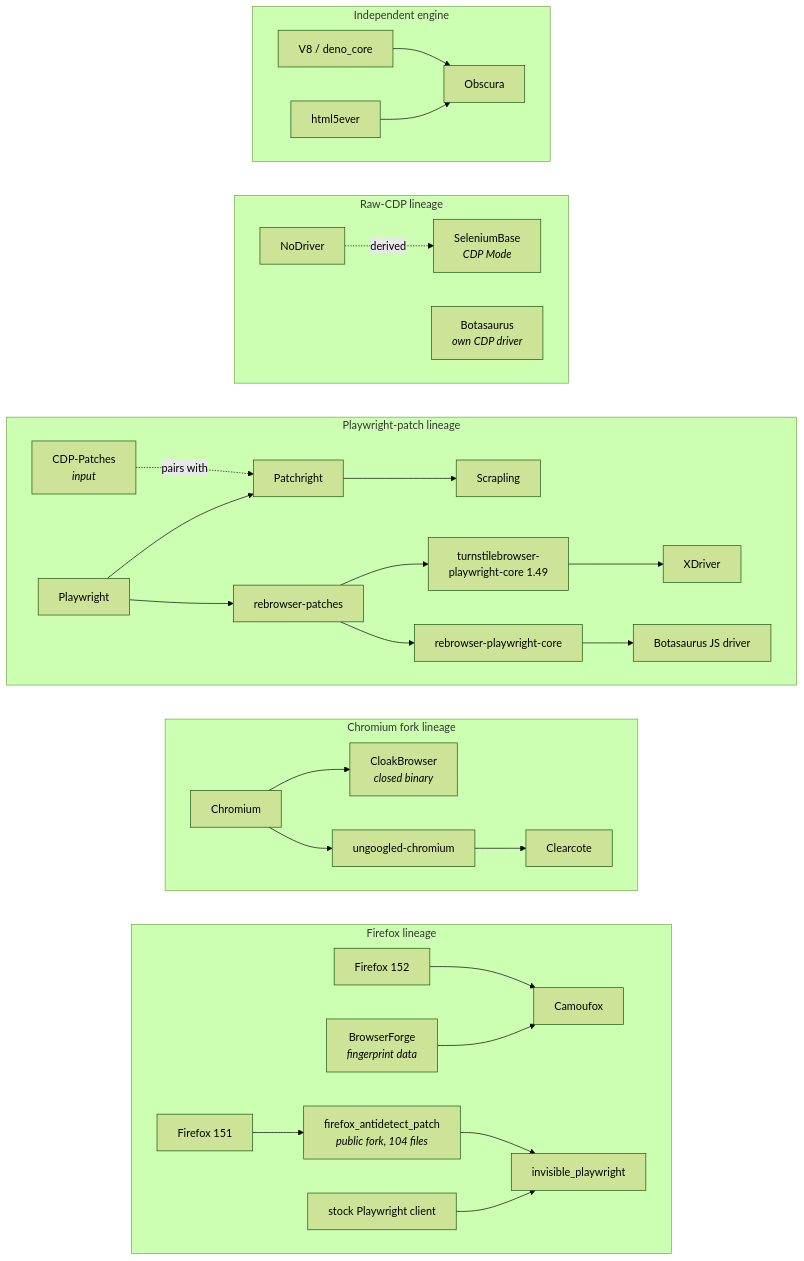
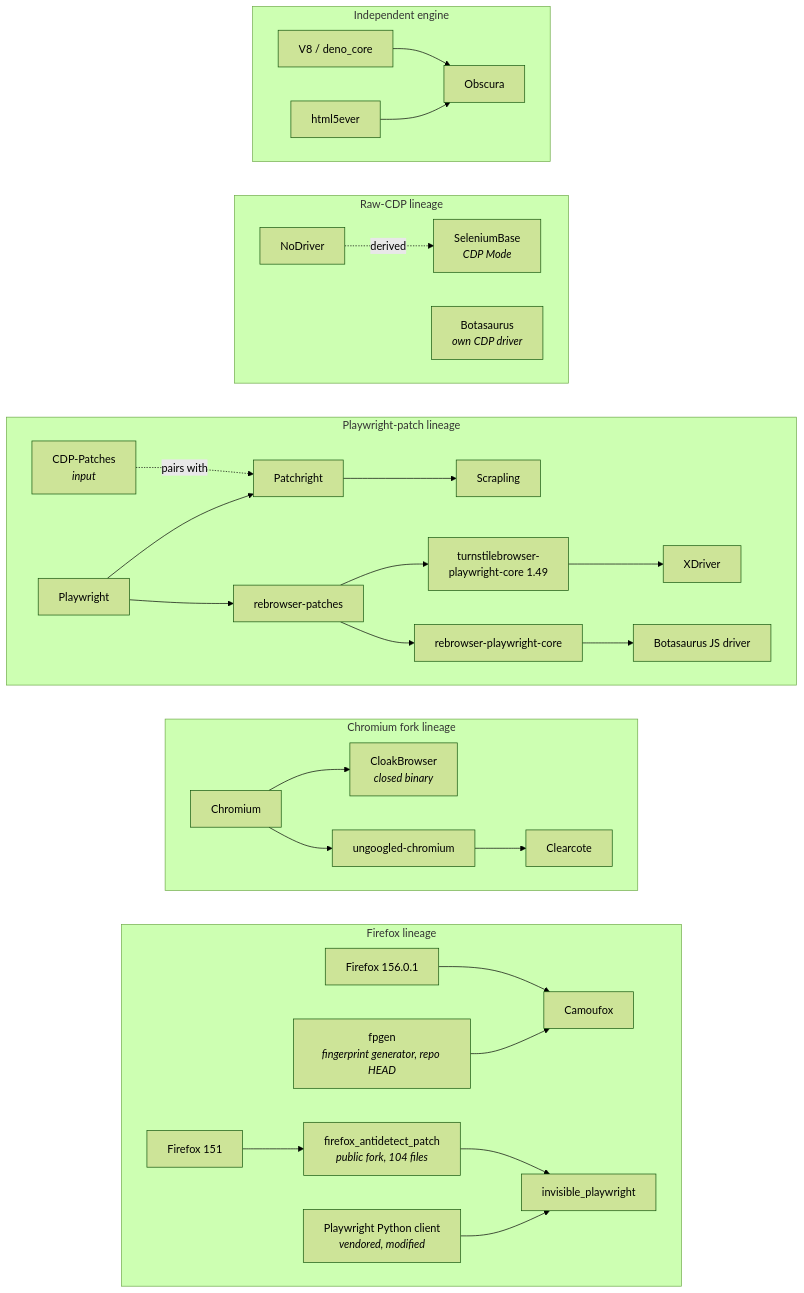
The diagram in README.md (pim97/anti-detect-browser-tools-tech-comparison), drawn with Mermaid (forest theme) before and after one commit. The commit also changed other lines of this file and 16 other files, not shown here.

````diff
--- a/README.md
+++ b/README.md
@@ -185,38 +213,38 @@
 ```mermaid
 graph LR
   subgraph FF["Firefox lineage"]
     direction LR
-    Firefox["Firefox 152"] --> Camoufox
-    BrowserForge["BrowserForge<br/><i>fingerprint data</i>"] --> Camoufox
+    Firefox["Firefox 156.0.1"] --> Camoufox
+    FPGen["fpgen<br/><i>fingerprint generator, repo HEAD</i>"] --> Camoufox
     Firefox151["Firefox 151"] --> FAP["firefox_antidetect_patch<br/><i>public fork, 104 files</i>"]
     FAP --> InvisiblePW["invisible_playwright"]
-    StockPW["stock Playwright client"] --> InvisiblePW
+    PWClient["Playwright Python client<br/><i>vendored, modified</i>"] --> InvisiblePW
   end
 
   subgraph CR["Chromium fork lineage"]
     direction LR
     Chromium --> CloakBrowser["CloakBrowser<br/><i>closed binary</i>"]
     Chromium --> UG["ungoogled-chromium"] --> Clearcote
   end
 
   subgraph PW["Playwright-patch lineage"]
     direction LR
     Playwright --> Patchright --> Scrapling
     CDPPatches["CDP-Patches<br/><i>input</i>"] -.pairs with.-> Patchright
     Playwright --> Rebrowser["rebrowser-patches"]
     Rebrowser --> TB["turnstilebrowser-<br/>playwright-core 1.49"] --> XDriver
     Rebrowser --> RPC["rebrowser-playwright-core"] --> BotaJS["Botasaurus JS driver"]
   end
 
   subgraph CDP["Raw-CDP lineage"]
     direction LR
     NoDriver -.derived.-> SeleniumBase["SeleniumBase<br/><i>CDP Mode</i>"]
     Botasaurus["Botasaurus<br/><i>own CDP driver</i>"]
   end
 
   subgraph OWN["Independent engine"]
     direction LR
     V8["V8 / deno_core"] --> Obscura
     H5["html5ever"] --> Obscura
   end
 ```
````
